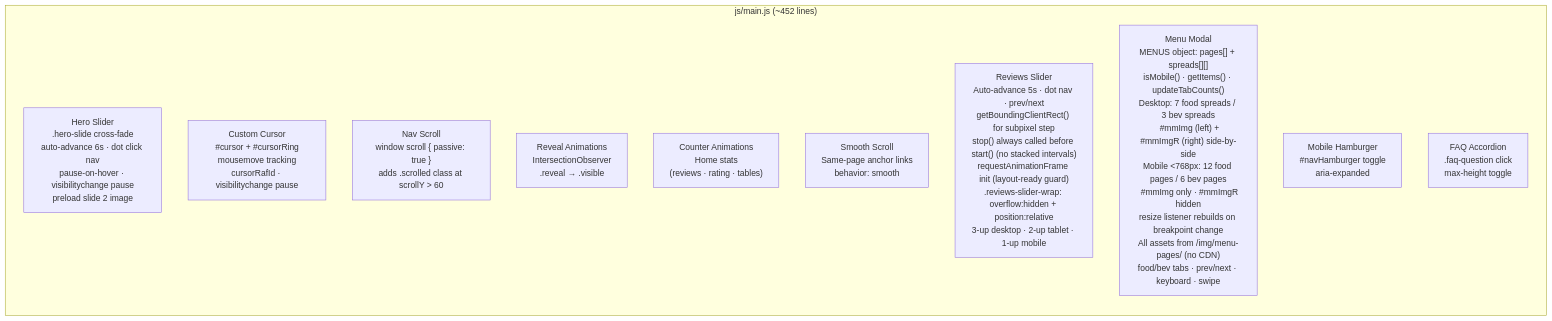
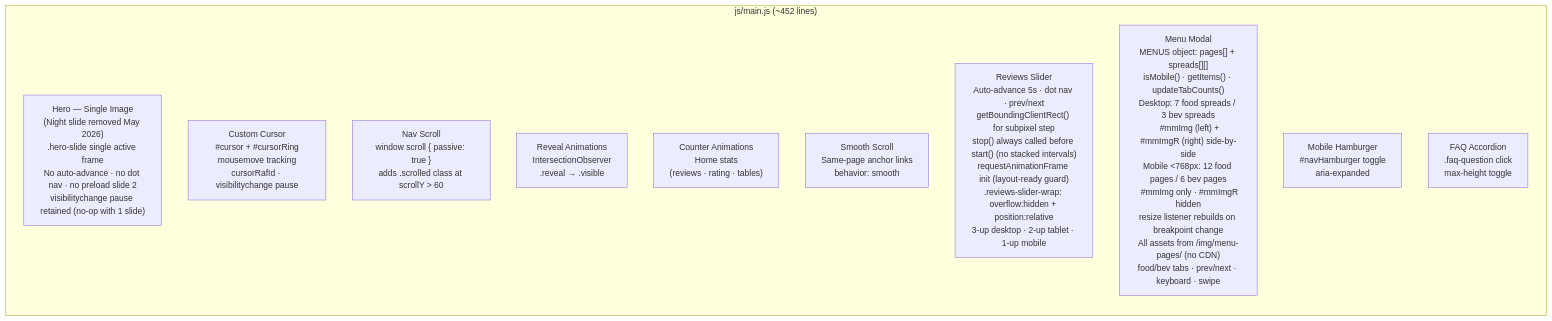
One commit to mahesh9403/Cafe-110-v2 changed the fifth of 7 diagrams in SITEMAP.md. Above: the diagram before and after it, drawn with Mermaid. The commit also changed other lines of this file and 33 other files, not shown here.

First line of the commit message:
feat: update hero images, remove night slide, and drop menu prices

````diff
--- a/SITEMAP.md
+++ b/SITEMAP.md
@@ -242,15 +245,15 @@
 ```mermaid
 graph LR
     subgraph JS_MAP["js/main.js (~452 lines)"]
-        J0["Hero Slider\n.hero-slide cross-fade\nauto-advance 6s · dot click nav\npause-on-hover · visibilitychange pause\npreload slide 2 image"]
+        J0["Hero — Single Image\n(Night slide removed May 2026)\n.hero-slide single active frame\nNo auto-advance · no dot nav · no preload slide 2\nvisibilitychange pause retained (no-op with 1 slide)"]
         J1["Custom Cursor\n#cursor + #cursorRing\nmousemove tracking\ncursorRafId · visibilitychange pause"]
         J2["Nav Scroll\nwindow scroll { passive: true }\nadds .scrolled class at scrollY > 60"]
         J3["Reveal Animations\nIntersectionObserver\n.reveal → .visible"]
         J4["Counter Animations\nHome stats\n(reviews · rating · tables)"]
         J5["Smooth Scroll\nSame-page anchor links\nbehavior: smooth"]
         J6["Reviews Slider\nAuto-advance 5s · dot nav · prev/next\ngetBoundingClientRect() for subpixel step\nstop() always called before start() (no stacked intervals)\nrequestAnimationFrame init (layout-ready guard)\n.reviews-slider-wrap: overflow:hidden + position:relative\n3-up desktop · 2-up tablet · 1-up mobile"]
         J7["Menu Modal\nMENUS object: pages[] + spreads[][]\nisMobile() · getItems() · updateTabCounts()\nDesktop: 7 food spreads / 3 bev spreads\n  #mmImg (left) + #mmImgR (right) side-by-side\nMobile <768px: 12 food pages / 6 bev pages\n  #mmImg only · #mmImgR hidden\nresize listener rebuilds on breakpoint change\nAll assets from /img/menu-pages/ (no CDN)\nfood/bev tabs · prev/next · keyboard · swipe"]
         J8["Mobile Hamburger\n#navHamburger toggle\naria-expanded"]
         J9["FAQ Accordion\n.faq-question click\nmax-height toggle"]
     end
 ```
````
